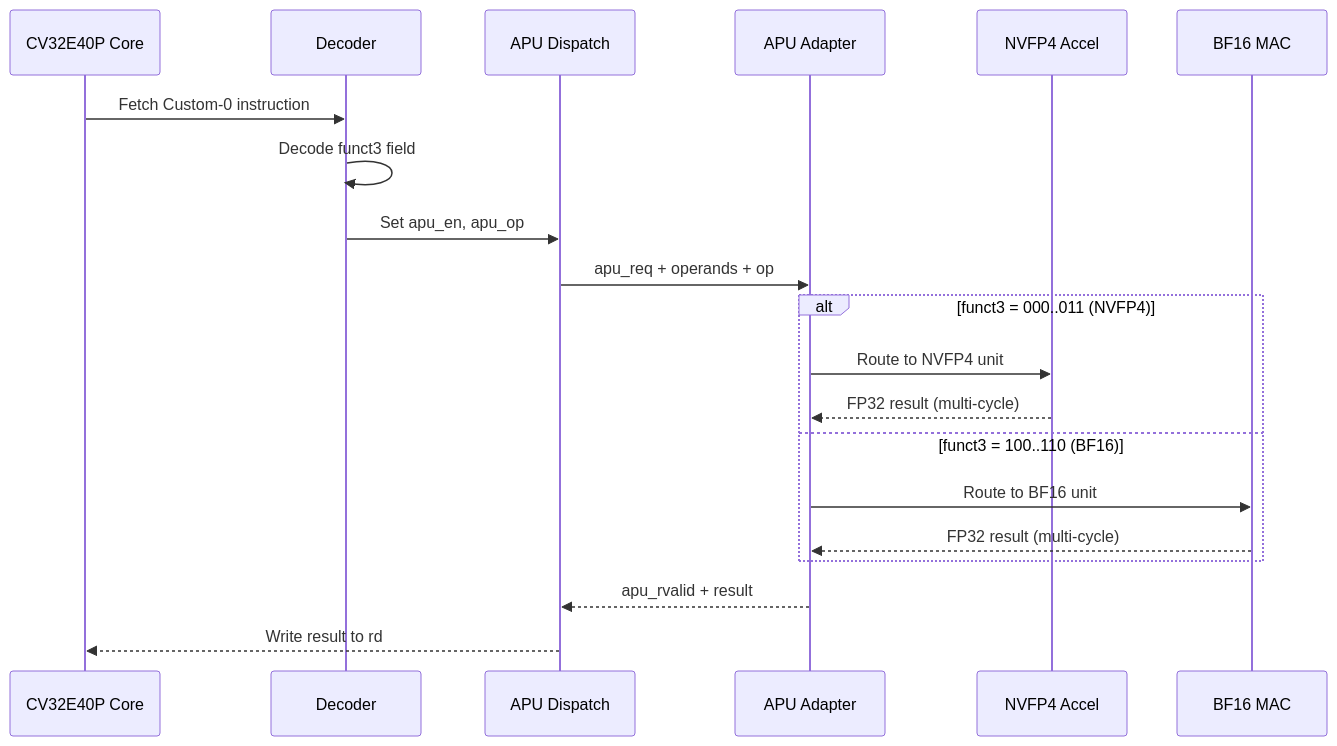
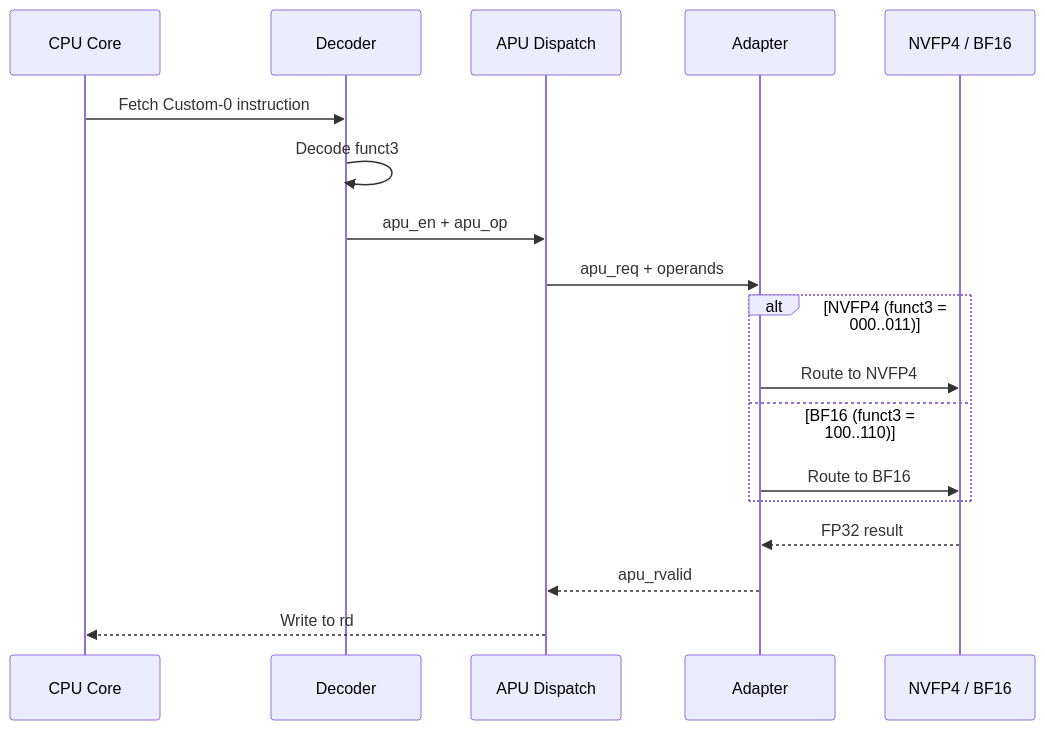
The third of 3 diagrams in README.md (Hrushi199/nvfp4-riscv-inference-engine), drawn with Mermaid before and after one commit. The commit also changed other lines of this file, not shown here.

Commit message:
Update SoC block diagram and instruction execution flow

````diff
--- a/README.md
+++ b/README.md
@@ -191,25 +190,23 @@
 ```mermaid
 sequenceDiagram
-    participant CPU as CV32E40P Core
+    participant CPU as CPU Core
     participant DEC as Decoder
     participant APU as APU Dispatch
-    participant ADAPT as APU Adapter
-    participant NVFP4 as NVFP4 Accel
-    participant BF16 as BF16 MAC
+    participant ADAPT as Adapter
+    participant ACC as NVFP4 / BF16
 
     CPU->>DEC: Fetch Custom-0 instruction
-    DEC->>DEC: Decode funct3 field
-    DEC->>APU: Set apu_en, apu_op
-    APU->>ADAPT: apu_req + operands + op
+    DEC->>DEC: Decode funct3
+    DEC->>APU: apu_en + apu_op
+    APU->>ADAPT: apu_req + operands
     
-    alt funct3 = 000..011 (NVFP4)
-        ADAPT->>NVFP4: Route to NVFP4 unit
-        NVFP4-->>ADAPT: FP32 result (multi-cycle)
-    else funct3 = 100..110 (BF16)
-        ADAPT->>BF16: Route to BF16 unit
-        BF16-->>ADAPT: FP32 result (multi-cycle)
+    alt NVFP4 (funct3 = 000..011)
+        ADAPT->>ACC: Route to NVFP4
+    else BF16 (funct3 = 100..110)
+        ADAPT->>ACC: Route to BF16
     end
     
-    ADAPT-->>APU: apu_rvalid + result
-    APU-->>CPU: Write result to rd
+    ACC-->>ADAPT: FP32 result
+    ADAPT-->>APU: apu_rvalid
+    APU-->>CPU: Write to rd
 ```
````
